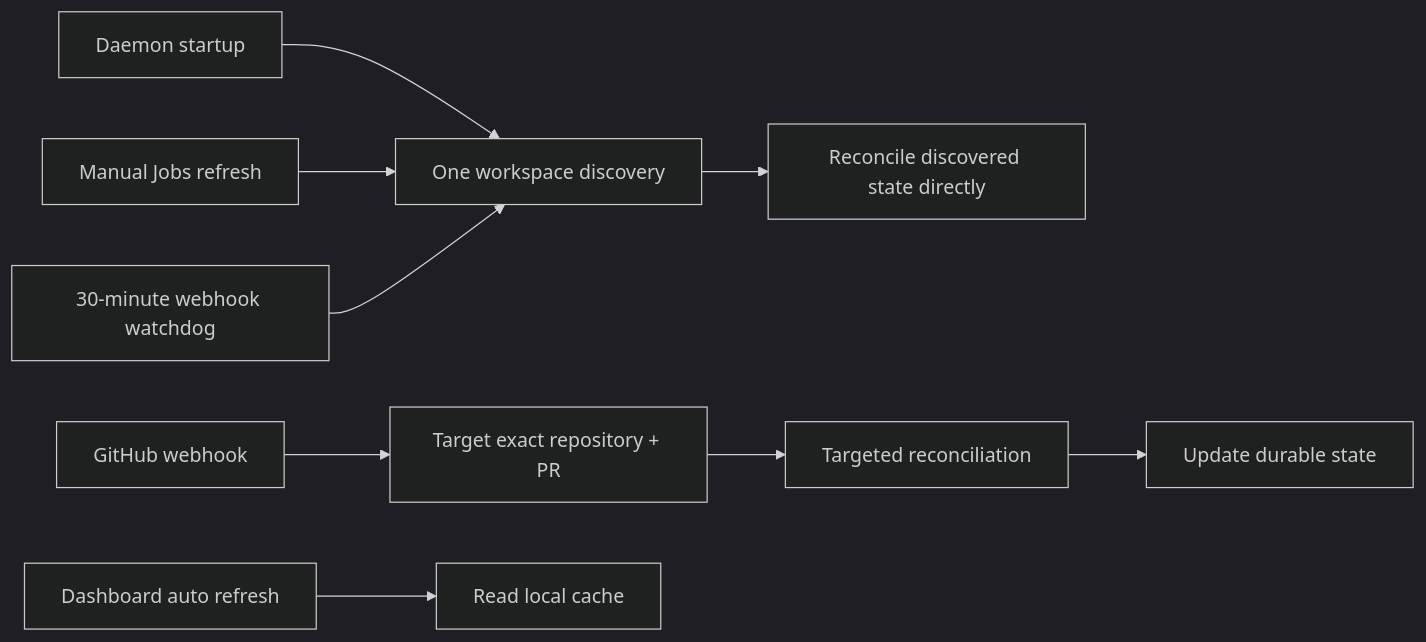
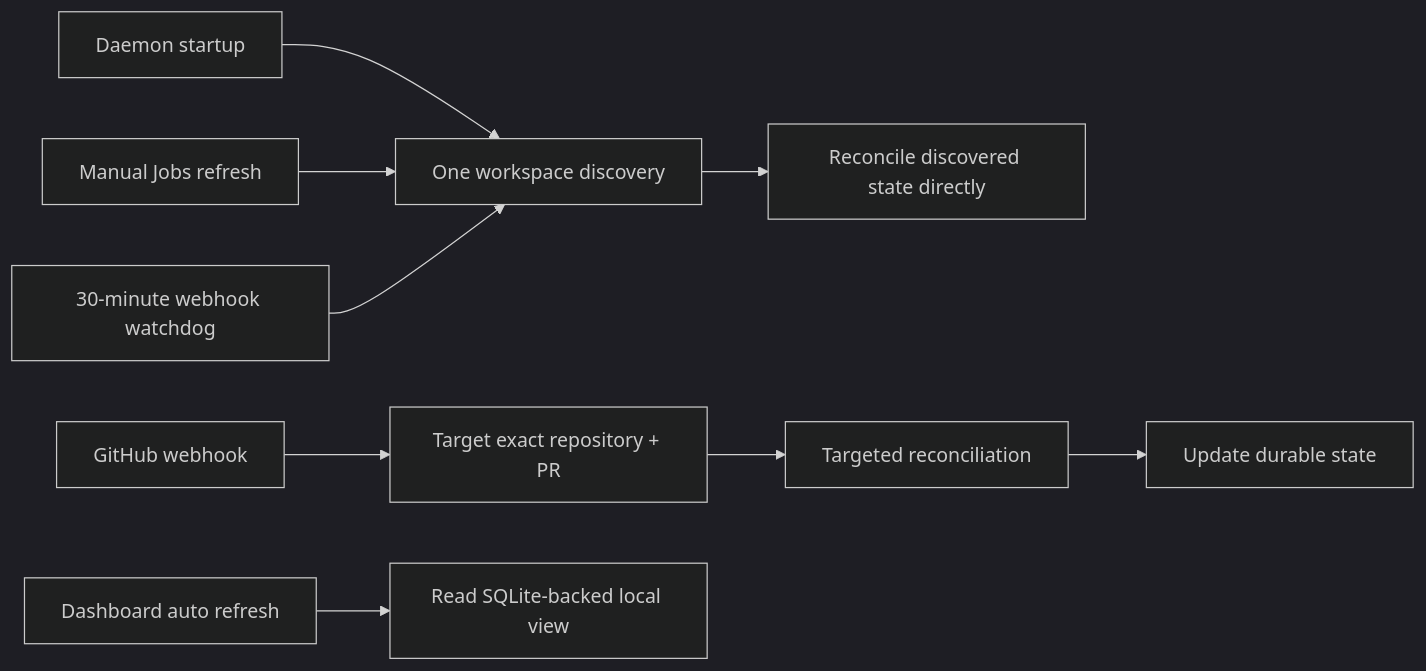
Before and after one commit to lalalic/agents-relay: the third of 4 diagrams in docs/github-app-rate-limit.md, drawn with Mermaid (dark theme). The commit also changed other lines of this file and 6 other files, not shown here.

Commit message:
fix(relayd): make sqlite the only local job truth

````diff
--- a/docs/github-app-rate-limit.md
+++ b/docs/github-app-rate-limit.md
@@ -76,11 +76,11 @@
 ```mermaid
 flowchart LR
     S[Daemon startup] --> A[One workspace discovery]
     A --> B[Reconcile discovered state directly]
     W[GitHub webhook] --> T[Target exact repository + PR]
     T --> R[Targeted reconciliation]
     R --> C[Update durable state]
-    D[Dashboard auto refresh] --> K[Read local cache]
+    D[Dashboard auto refresh] --> K[Read SQLite-backed local view]
     M[Manual Jobs refresh] --> A
     F[30-minute webhook watchdog] --> A
 ```
````
